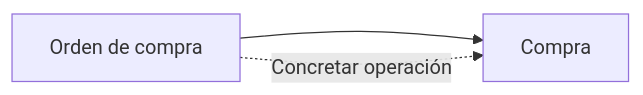
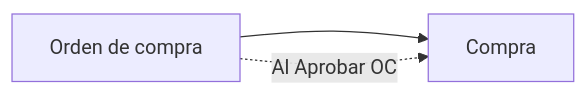
One commit to Zink-in-Tech/ZiT-ERP_DocsPublica_FE changed the diagram in docs/compras/flujo-compras.md. Above: the diagram before and after it, drawn with Mermaid. The commit also changed other lines of this file and 18 other files, not shown here.

````diff
--- a/docs/compras/flujo-compras.md
+++ b/docs/compras/flujo-compras.md
@@ -32,5 +32,5 @@
 ```mermaid
 flowchart LR
   OC[Orden de compra] --> Co[Compra]
-  OC -.->|Concretar operación| Co
+  OC -.->|Al Aprobar OC| Co
 ```
````
